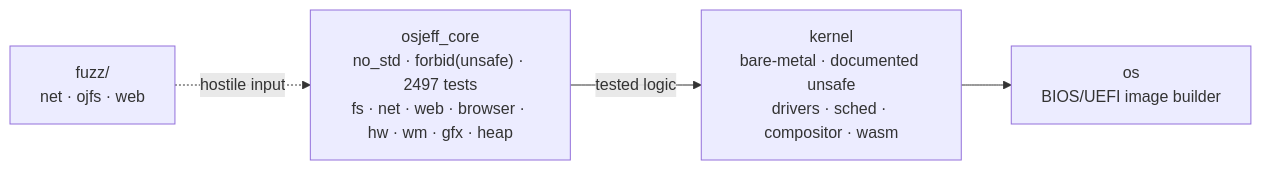
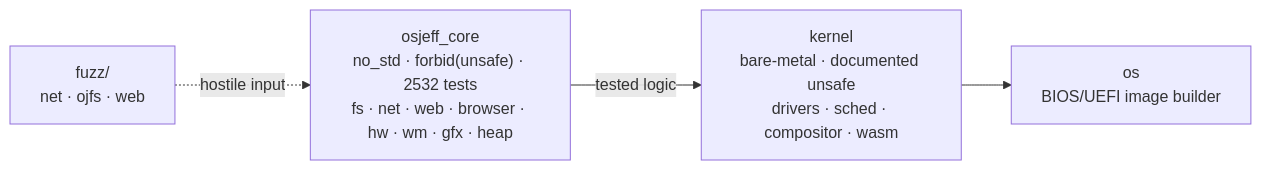
One commit to Jeffinp/OSjeff changed the diagram in README.en.md. Above: the diagram before and after it, drawn with Mermaid. The commit also changed other lines of this file and 15 other files, not shown here.

````diff
--- a/README.en.md
+++ b/README.en.md
@@ -98,9 +98,9 @@
 ```mermaid
 flowchart LR
-    CORE["osjeff_core<br/>no_std · forbid(unsafe) · 2497 tests<br/>fs · net · web · browser · hw · wm · gfx · heap"]
+    CORE["osjeff_core<br/>no_std · forbid(unsafe) · 2532 tests<br/>fs · net · web · browser · hw · wm · gfx · heap"]
     KERNEL["kernel<br/>bare-metal · documented unsafe<br/>drivers · sched · compositor · wasm"]
     OS["os<br/>BIOS/UEFI image builder"]
     FUZZ["fuzz/<br/>net · ojfs · web"]
     CORE -->|tested logic| KERNEL --> OS
     FUZZ -.->|hostile input| CORE
 ```
````
